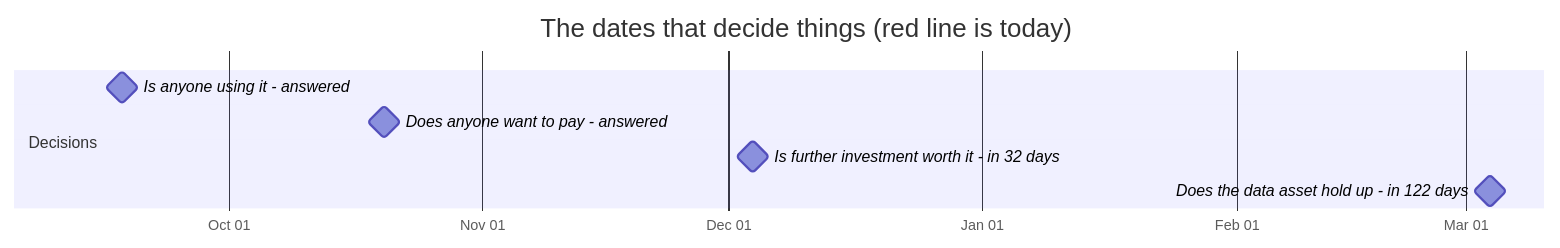
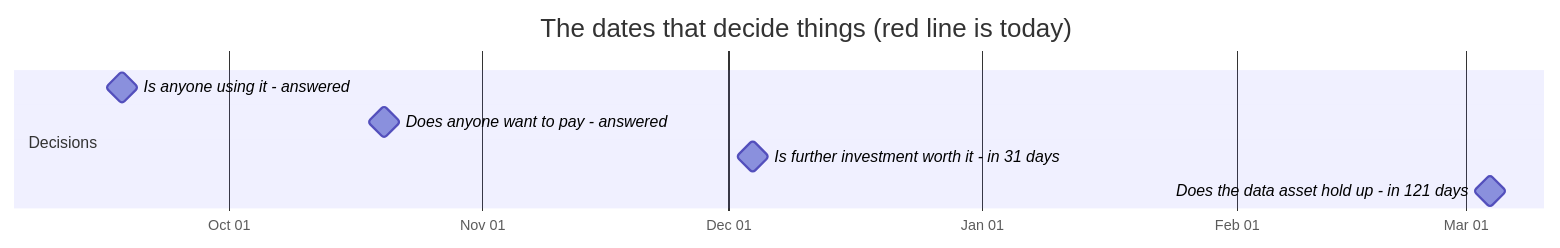
Before and after one commit to jakegu1/vetagent: the first of 2 diagrams in docs/OWNER.md, drawn with Mermaid. The commit also changed other lines of this file and 1 other file, not shown here.

````diff
--- a/docs/OWNER.md
+++ b/docs/OWNER.md
@@ -67,12 +67,12 @@
 ```mermaid
 gantt
     dateFormat YYYY-MM-DD
     axisFormat %b %d
     todayMarker stroke-width:3px,stroke:#d33,stroke-dasharray:0
     title The dates that decide things (red line is today)
     section Decisions
     Is anyone using it - answered :milestone, 2026-09-18, 0d
     Does anyone want to pay - answered :milestone, 2026-10-20, 0d
-    Is further investment worth it - in 32 days :milestone, 2026-12-04, 0d
-    Does the data asset hold up - in 122 days :milestone, 2027-03-04, 0d
+    Is further investment worth it - in 31 days :milestone, 2026-12-04, 0d
+    Does the data asset hold up - in 121 days :milestone, 2027-03-04, 0d
 ```
````
